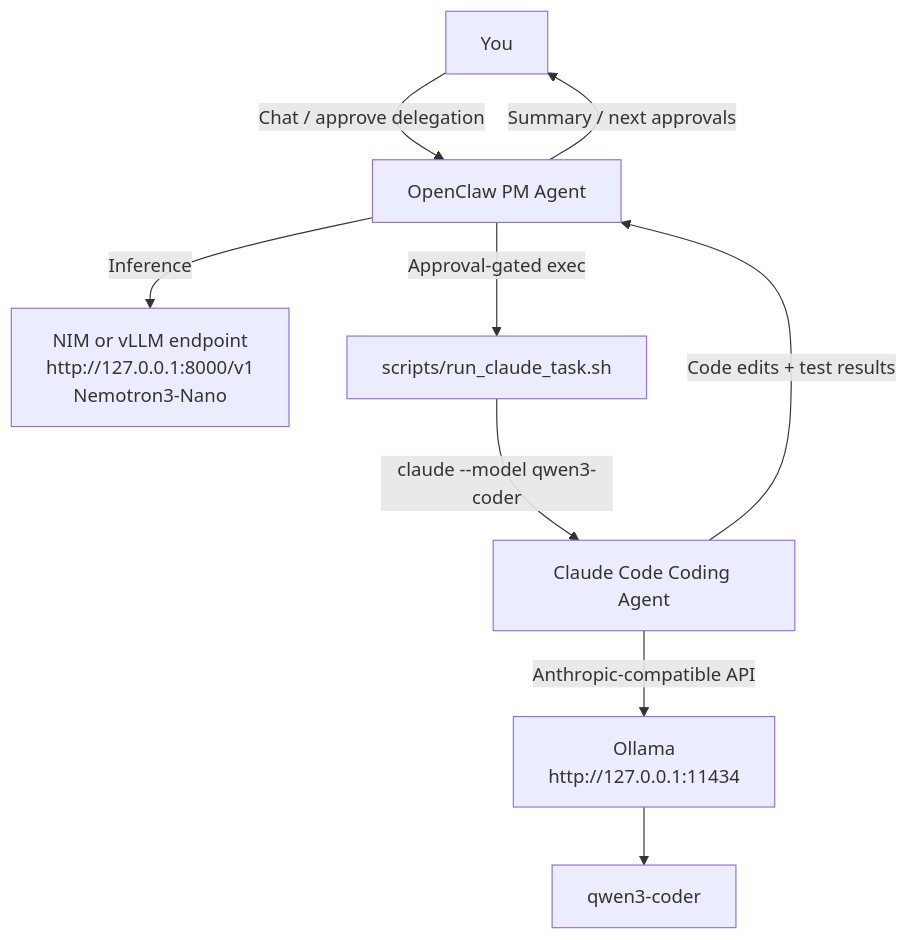
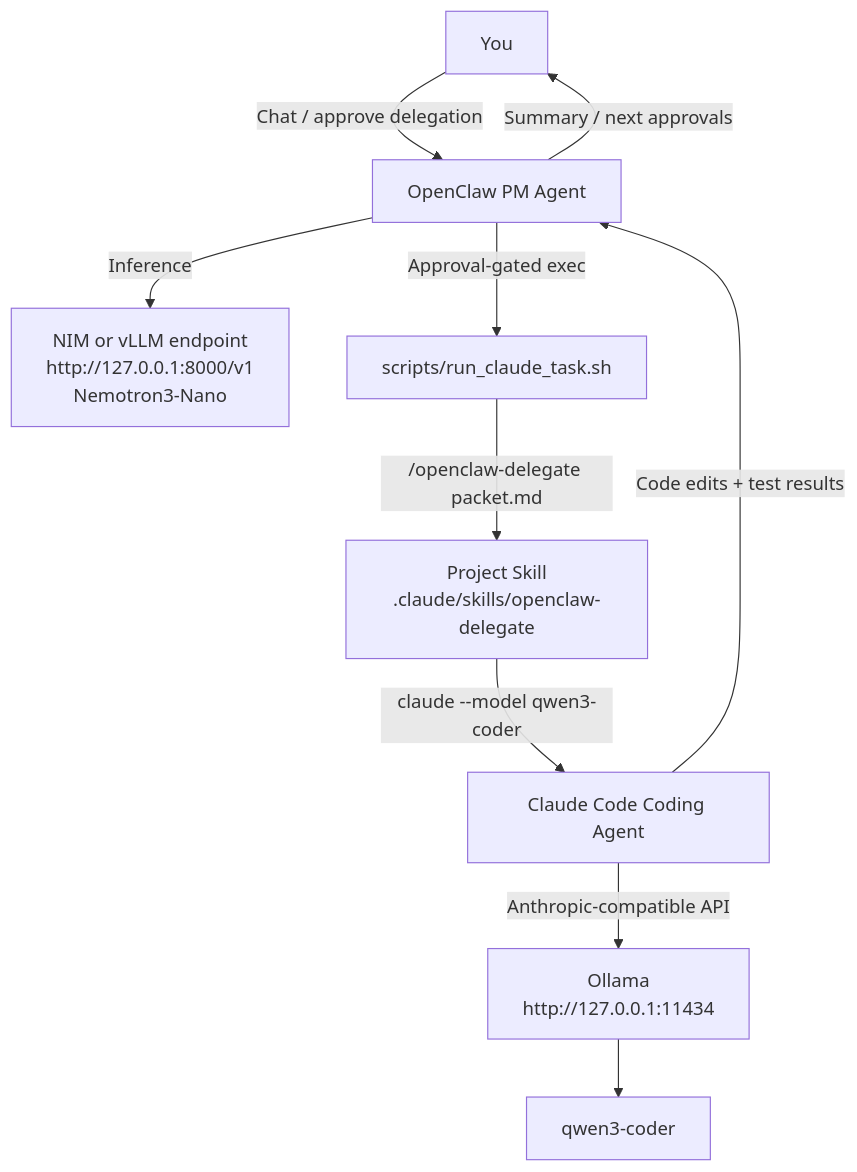
Before and after one commit to ryan-lzl/openclaw-personal-assistant: the diagram in doc/DGX_SPARK_SETUP.md, drawn with Mermaid. The commit also changed other lines of this file and 4 other files, not shown here.

Commit message:
add Claude Skills

````diff
--- a/doc/DGX_SPARK_SETUP.md
+++ b/doc/DGX_SPARK_SETUP.md
@@ -478,11 +486,12 @@
 ```mermaid
 flowchart TD
     U[You] -->|Chat / approve delegation| PM[OpenClaw PM Agent]
     PM -->|Inference| NIM[NIM or vLLM endpoint<br/>http://127.0.0.1:8000/v1<br/>Nemotron3-Nano]
     PM -->|Approval-gated exec| WRAP[scripts/run_claude_task.sh]
-    WRAP -->|claude --model qwen3-coder| CC[Claude Code Coding Agent]
+    WRAP -->|/openclaw-delegate packet.md| SKILL[Project Skill<br/>.claude/skills/openclaw-delegate]
+    SKILL -->|claude --model qwen3-coder| CC[Claude Code Coding Agent]
     CC -->|Anthropic-compatible API| OLLAMA[Ollama<br/>http://127.0.0.1:11434]
     OLLAMA --> QWEN[qwen3-coder]
     CC -->|Code edits + test results| PM
     PM -->|Summary / next approvals| U
 ```
````
